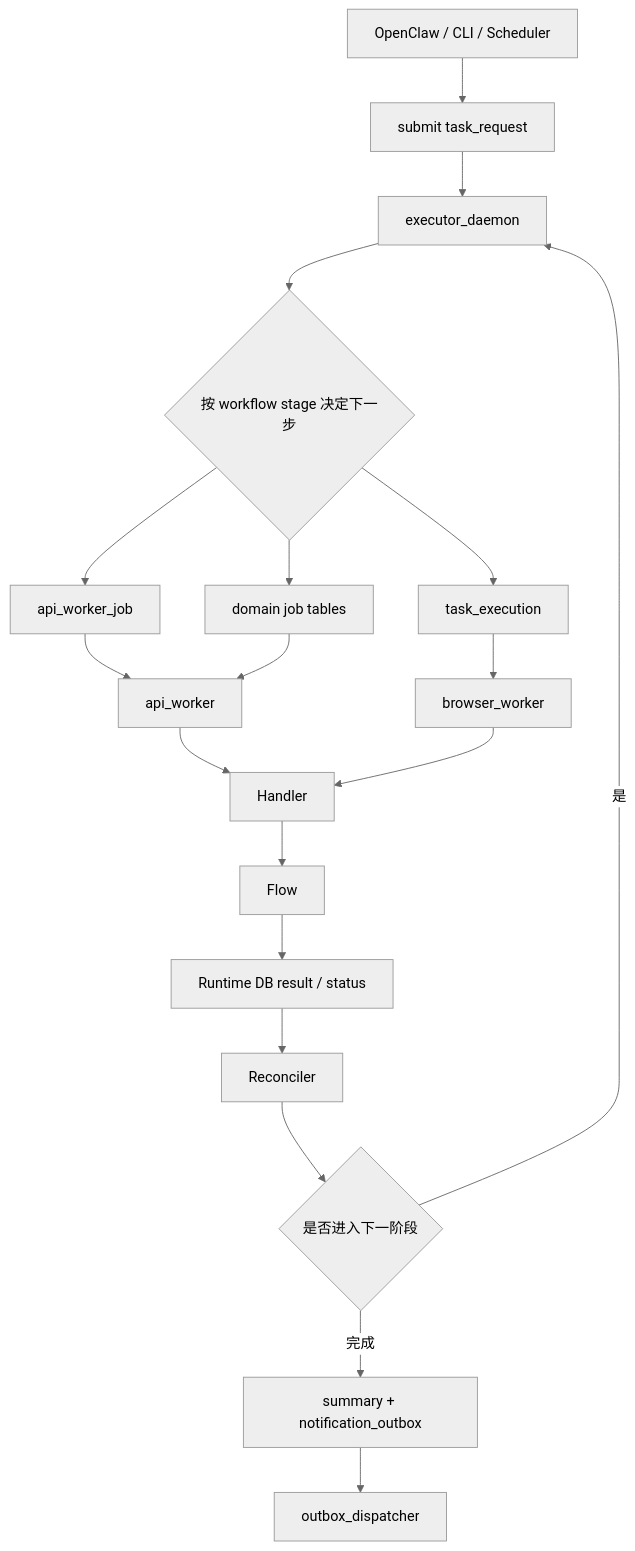
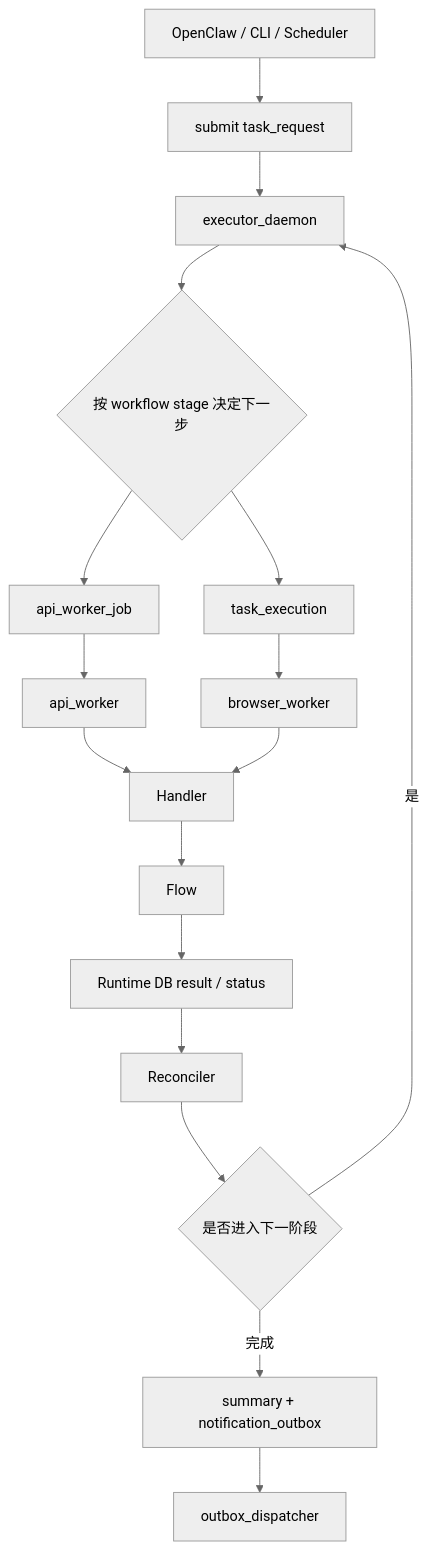
The first of 6 diagrams in docs/arch/workflow-redesign-review.md (knighterrantsky/mujitask), drawn with Mermaid (neutral theme) before and after one commit. The commit also changed other lines of this file and 53 other files, not shown here.

````diff
--- a/docs/arch/workflow-redesign-review.md
+++ b/docs/arch/workflow-redesign-review.md
@@ -63,21 +65,19 @@
 ```mermaid
 flowchart TD
     A["OpenClaw / CLI / Scheduler"] --> B["submit task_request"]
     B --> C["executor_daemon"]
     C --> D{"按 workflow stage 决定下一步"}
     D --> E["api_worker_job"]
     D --> F["task_execution"]
-    D --> G["domain job tables"]
     E --> H["api_worker"]
     F --> I["browser_worker"]
-    G --> H
     H --> J["Handler"]
     I --> J
     J --> K["Flow"]
     K --> L["Runtime DB result / status"]
     L --> M["Reconciler"]
     M --> N{"是否进入下一阶段"}
     N -->|是| C
     N -->|完成| O["summary + notification_outbox"]
     O --> P["outbox_dispatcher"]
 ```
````
